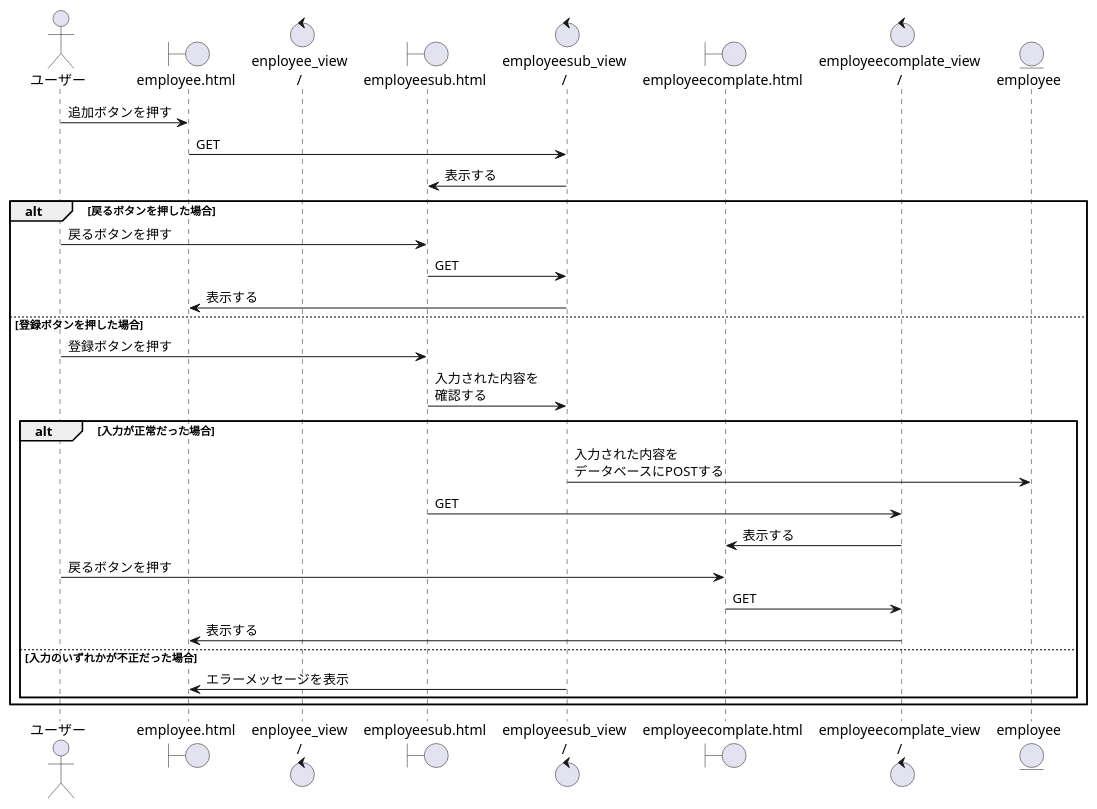
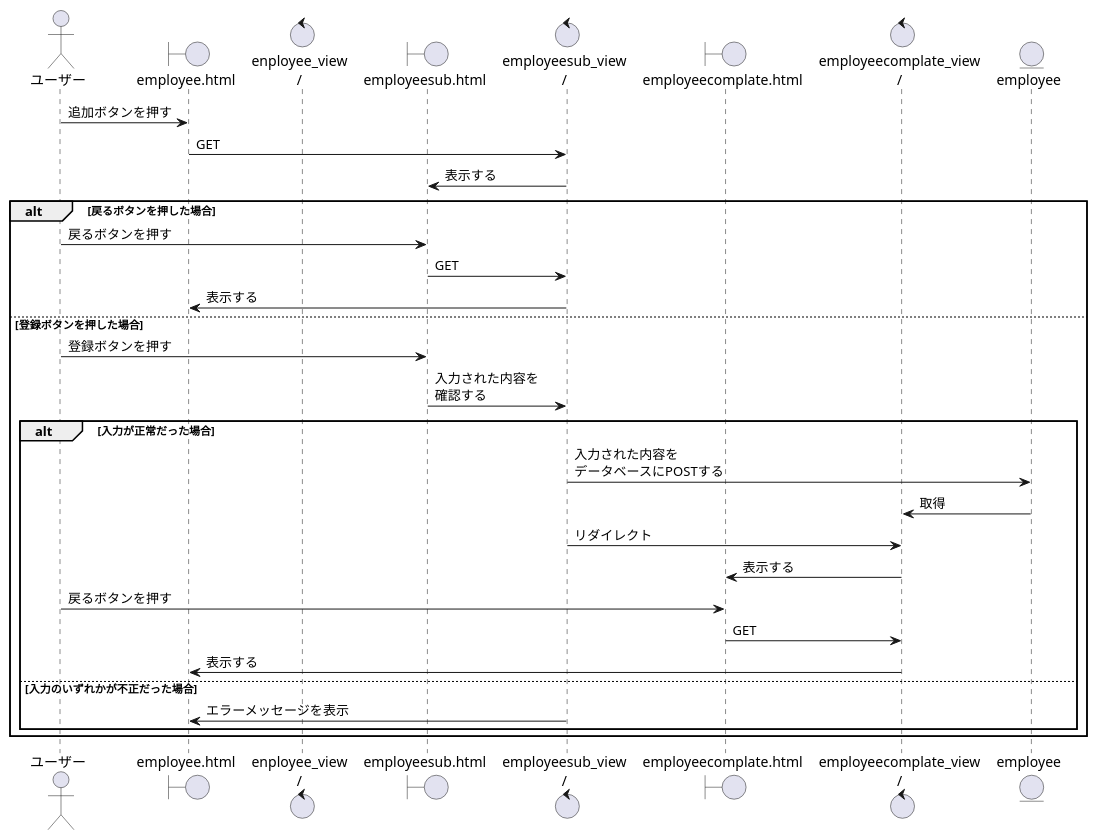
Before and after one commit to RK0309-art/gith_full_course: diagram 12 of 14 in シーケンス図_書籍検索システム_django.puml, drawn with PlantUML. The commit also changed other lines of this file, not shown here.

Commit message:
シーケンス図従業員削除

```diff
--- a/シーケンス図_書籍検索システム_django.puml
+++ b/シーケンス図_書籍検索システム_django.puml
@@ -174,40 +174,41 @@
 @startuml 従業員を登録する
 
 actor ユーザー as U
 boundary "employee.html" as EH
 control "enployee_view\n/" as EV
 boundary "employeesub.html" as SH
 control "employeesub_view\n/" as SV
 boundary "employeecomplate.html" as CH
 control "employeecomplate_view\n/" as CV
 entity "employee" as E
 
 U -> EH : 追加ボタンを押す
 EH -> SV : GET
 SV -> SH :表示する
 
 alt 戻るボタンを押した場合
 U -> SH :戻るボタンを押す
 SH -> SV :GET
 SV -> EH :表示する
 
 else 登録ボタンを押した場合
 U -> SH :登録ボタンを押す
 SH -> SV : 入力された内容を\n確認する
 
 alt 入力が正常だった場合
 SV -> E :入力された内容を\nデータベースにPOSTする
-SH -> CV : GET
+E -> CV : 取得
+SV -> CV : リダイレクト
 CV -> CH : 表示する
 U -> CH :戻るボタンを押す
 CH -> CV : GET
 CV -> EH :表示する
 
 else 入力のいずれかが不正だった場合
 SV -> EH : エラーメッセージを表示
 
 end
 end
 
 
 @enduml
```
